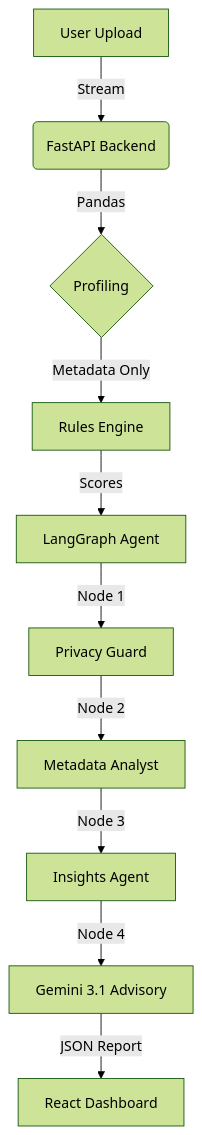
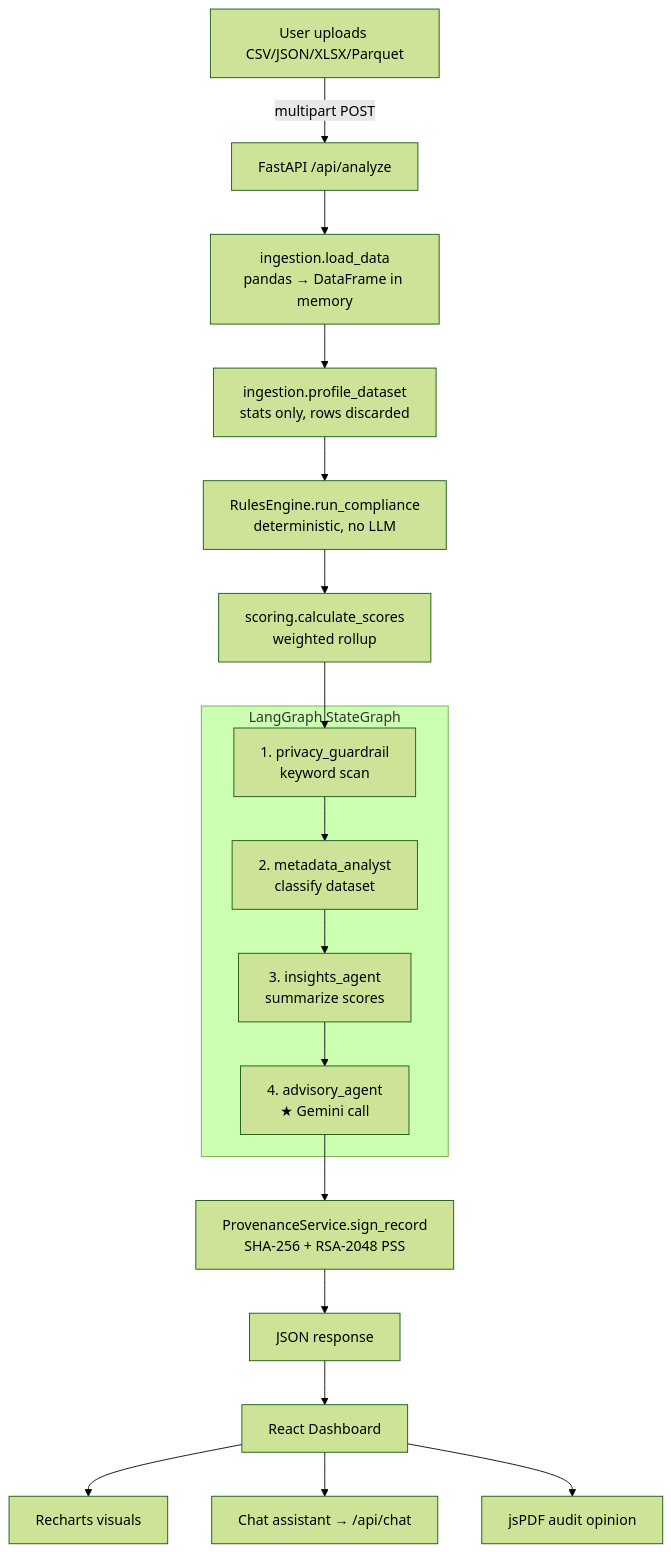
The diagram in README.md (GaneshArihanth/FinAUDIT), drawn with Mermaid (forest theme) before and after one commit. The commit also changed other lines of this file, not shown here.

````diff
--- a/README.md
+++ b/README.md
@@ -220,12 +110,22 @@
 ```mermaid
 graph TD
-    A[User Upload] -->|Stream| B(FastAPI Backend)
-    B -->|Pandas| C{Profiling}
-    C -->|Metadata Only| D[Rules Engine]
-    D -->|Scores| E[LangGraph Agent]
-    E -->|Node 1| F[Privacy Guard]
-    F -->|Node 2| G[Metadata Analyst]
-    G -->|Node 3| H[Insights Agent]
-    H -->|Node 4| I[Gemini 3.1 Advisory]
-    I -->|JSON Report| J[React Dashboard]
+    A[User uploads CSV/JSON/XLSX/Parquet] -->|multipart POST| B[FastAPI /api/analyze]
+    B --> C[ingestion.load_data<br/>pandas → DataFrame in memory]
+    C --> D[ingestion.profile_dataset<br/>stats only, rows discarded]
+    D --> E[RulesEngine.run_compliance<br/>deterministic, no LLM]
+    E --> F[scoring.calculate_scores<br/>weighted rollup]
+    F --> G1
+
+    subgraph AGENT [LangGraph StateGraph]
+        G1[1. privacy_guardrail<br/>keyword scan] --> G2[2. metadata_analyst<br/>classify dataset]
+        G2 --> G3[3. insights_agent<br/>summarize scores]
+        G3 --> G4[4. advisory_agent<br/>★ Gemini call]
+    end
+
+    G4 --> H[ProvenanceService.sign_record<br/>SHA-256 + RSA-2048 PSS]
+    H --> I[JSON response]
+    I --> J[React Dashboard]
+    J --> K[Recharts visuals]
+    J --> L[Chat assistant → /api/chat]
+    J --> M[jsPDF audit opinion]
 ```
````
